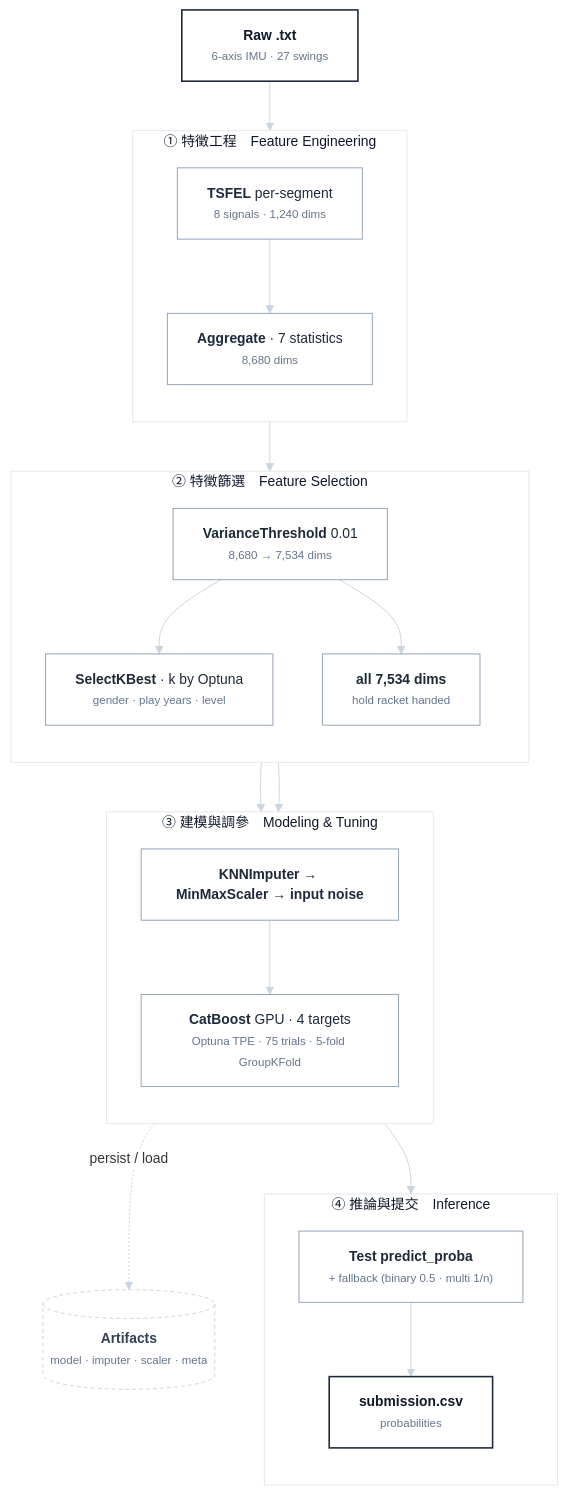
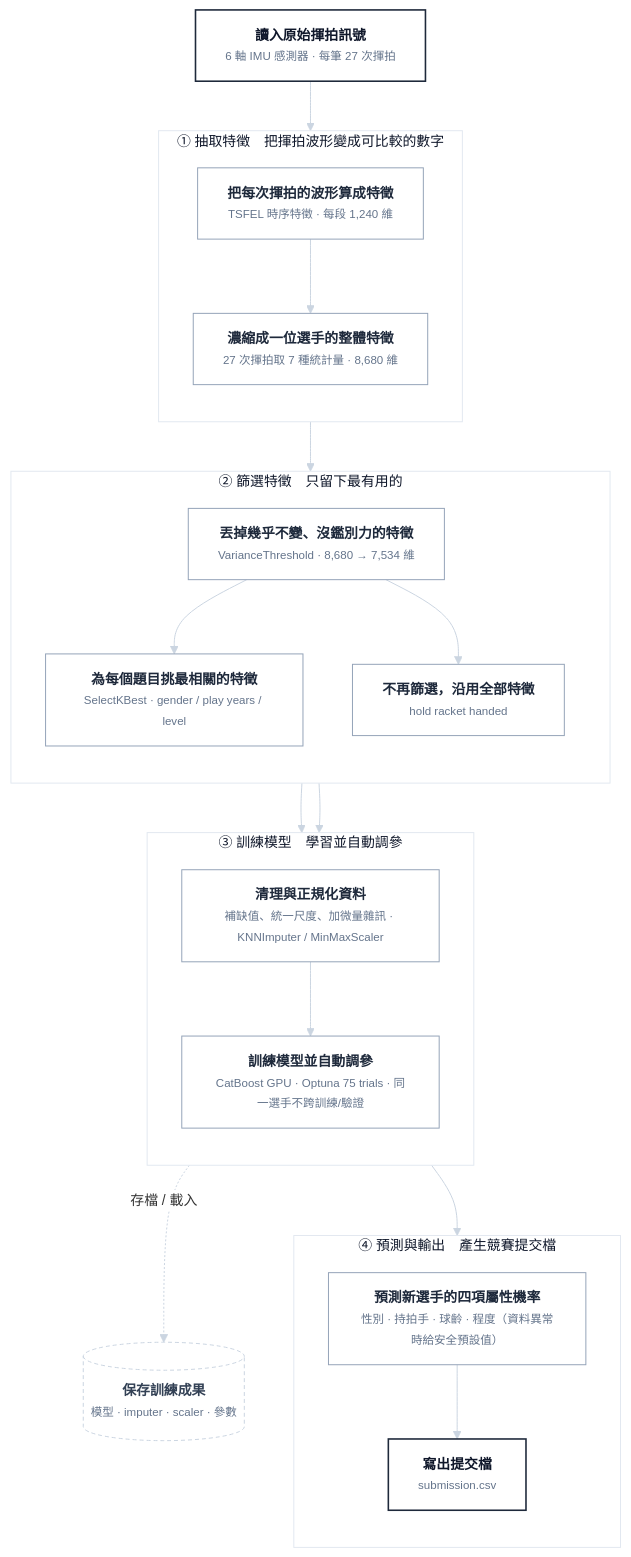
One commit to Guancheng1206/aicup2025Spring_Tabletennis changed the diagram in README.md. Above: the diagram before and after it, drawn with Mermaid.

Commit message:
Rewrite Pipeline diagram labels in plain language
- Each node now leads with what the step does (plain Chinese),
  with tool/function names demoted to a small secondary line
- Translate the four prediction targets (性別/持拍手/球齡/程度)
- Plain-language phase titles so the diagram is self-explanatory
- Keep the minimal monochrome, typography-led style

````diff
--- a/README.md
+++ b/README.md
@@ -35,50 +35,50 @@
 ```mermaid
-﻿%%{init: {'theme':'base','themeVariables':{'fontFamily':'Segoe UI, Helvetica, Arial, sans-serif','fontSize':'14px','lineColor':'#cbd5e1','edgeLabelBackground':'#ffffff'}}}%%
+%%{init: {'theme':'base','themeVariables':{'fontFamily':'Segoe UI, Helvetica, Arial, sans-serif','fontSize':'14px','lineColor':'#cbd5e1','edgeLabelBackground':'#ffffff'}}}%%
 flowchart TD
-    A["<b>Raw .txt</b><br/><small style='color:#64748b'>6-axis IMU · 27 swings</small>"]:::io
+    A["<b>讀入原始揮拍訊號</b><br/><small style='color:#64748b'>6 軸 IMU 感測器 · 每筆 27 次揮拍</small>"]:::io
 
-    subgraph FE ["① 特徵工程　Feature Engineering"]
+    subgraph FE ["① 抽取特徵　把揮拍波形變成可比較的數字"]
         direction TB
-        B["<b>TSFEL</b> per-segment<br/><small style='color:#64748b'>8 signals · 1,240 dims</small>"]:::card
-        C["<b>Aggregate</b> · 7 statistics<br/><small style='color:#64748b'>8,680 dims</small>"]:::card
+        B["<b>把每次揮拍的波形算成特徵</b><br/><small style='color:#64748b'>TSFEL 時序特徵 · 每段 1,240 維</small>"]:::card
+        C["<b>濃縮成一位選手的整體特徵</b><br/><small style='color:#64748b'>27 次揮拍取 7 種統計量 · 8,680 維</small>"]:::card
         B --> C
     end
 
-    subgraph SEL ["② 特徵篩選　Feature Selection"]
+    subgraph SEL ["② 篩選特徵　只留下最有用的"]
         direction TB
-        D["<b>VarianceThreshold</b> 0.01<br/><small style='color:#64748b'>8,680 → 7,534 dims</small>"]:::card
-        K1["<b>SelectKBest</b> · k by Optuna<br/><small style='color:#64748b'>gender · play years · level</small>"]:::card
-        K2["<b>all 7,534 dims</b><br/><small style='color:#64748b'>hold racket handed</small>"]:::card
+        D["<b>丟掉幾乎不變、沒鑑別力的特徵</b><br/><small style='color:#64748b'>VarianceThreshold · 8,680 → 7,534 維</small>"]:::card
+        K1["<b>為每個題目挑最相關的特徵</b><br/><small style='color:#64748b'>SelectKBest · gender / play years / level</small>"]:::card
+        K2["<b>不再篩選，沿用全部特徵</b><br/><small style='color:#64748b'>hold racket handed</small>"]:::card
         D --> K1
         D --> K2
     end
 
-    subgraph MODEL ["③ 建模與調參　Modeling &amp; Tuning"]
+    subgraph MODEL ["③ 訓練模型　學習並自動調參"]
         direction TB
-        PRE["<b>KNNImputer</b> → <b>MinMaxScaler</b> → <b>input noise</b>"]:::card
-        F["<b>CatBoost</b> GPU · 4 targets<br/><small style='color:#64748b'>Optuna TPE · 75 trials · 5-fold GroupKFold</small>"]:::card
+        PRE["<b>清理與正規化資料</b><br/><small style='color:#64748b'>補缺值、統一尺度、加微量雜訊 · KNNImputer / MinMaxScaler</small>"]:::card
+        F["<b>訓練模型並自動調參</b><br/><small style='color:#64748b'>CatBoost GPU · Optuna 75 trials · 同一選手不跨訓練/驗證</small>"]:::card
         PRE --> F
     end
 
-    subgraph OUT ["④ 推論與提交　Inference"]
+    subgraph OUT ["④ 預測與輸出　產生競賽提交檔"]
         direction TB
-        G["<b>Test predict_proba</b><br/><small style='color:#64748b'>+ fallback (binary 0.5 · multi 1/n)</small>"]:::card
-        H["<b>submission.csv</b><br/><small style='color:#64748b'>probabilities</small>"]:::io
+        G["<b>預測新選手的四項屬性機率</b><br/><small style='color:#64748b'>性別 · 持拍手 · 球齡 · 程度（資料異常時給安全預設值）</small>"]:::card
+        H["<b>寫出提交檔</b><br/><small style='color:#64748b'>submission.csv</small>"]:::io
         G --> H
     end
 
     A --> B
     C --> D
     K1 --> PRE
     K2 --> PRE
     F --> G
-    F -. "persist / load" .-> P[("<b>Artifacts</b><br/><small style='color:#64748b'>model · imputer · scaler · meta</small>")]:::art
+    F -. "存檔 / 載入" .-> P[("<b>保存訓練成果</b><br/><small style='color:#64748b'>模型 · imputer · scaler · 參數</small>")]:::art
 
     classDef card fill:#ffffff,stroke:#94a3b8,color:#1e293b,stroke-width:1px;
     classDef io fill:#ffffff,stroke:#1e293b,color:#0f172a,stroke-width:1.6px;
     classDef art fill:#ffffff,stroke:#cbd5e1,color:#334155,stroke-width:1px,stroke-dasharray:4 3;
     style FE fill:#ffffff,stroke:#e2e8f0,color:#0f172a
     style SEL fill:#ffffff,stroke:#e2e8f0,color:#0f172a
     style MODEL fill:#ffffff,stroke:#e2e8f0,color:#0f172a
     style OUT fill:#ffffff,stroke:#e2e8f0,color:#0f172a
 ```
````
